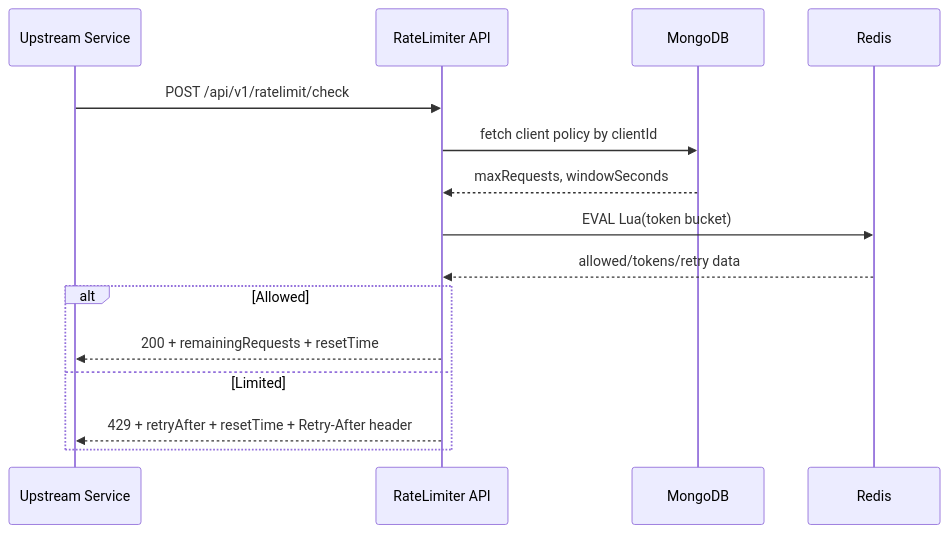
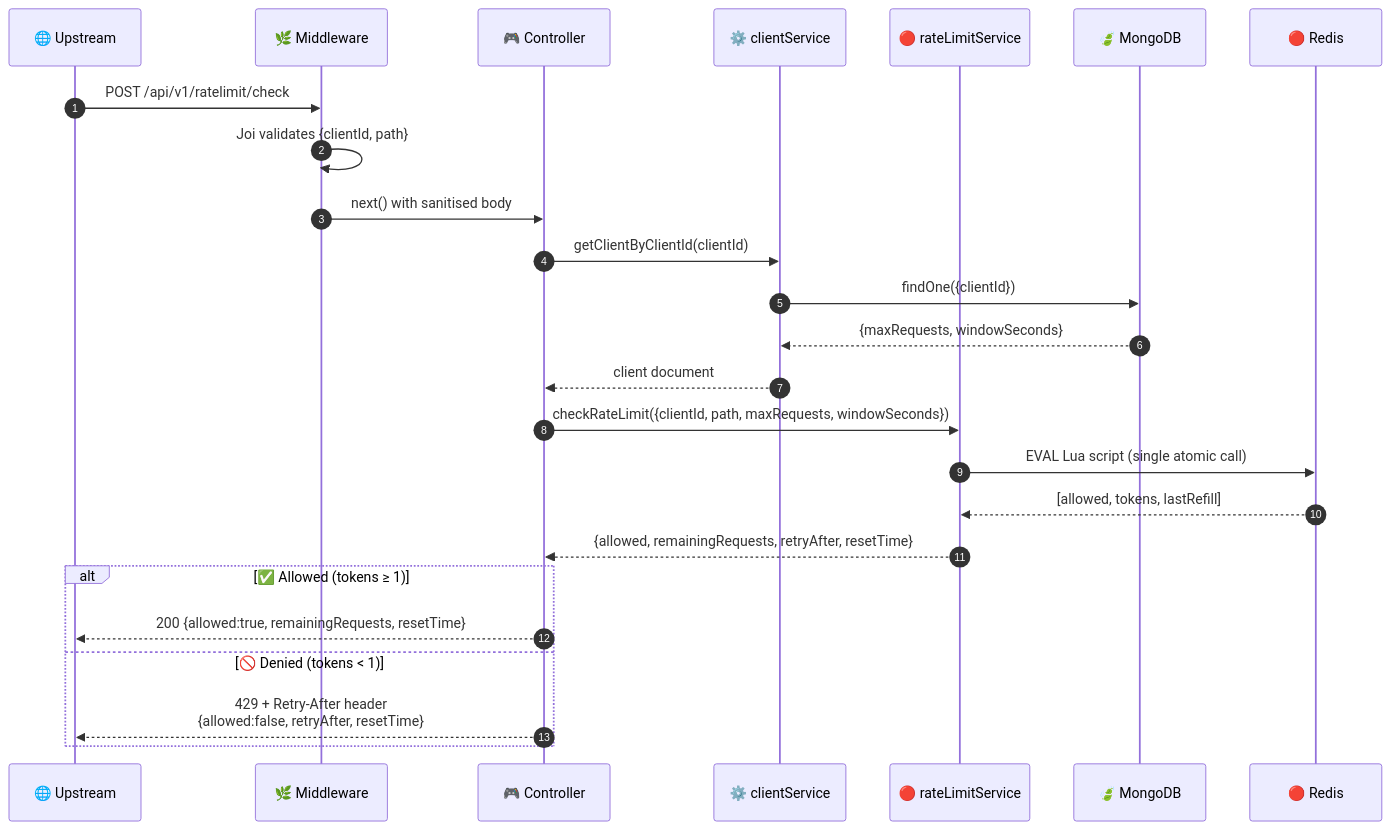
One commit to ramalokeshreddyp/RateGuard changed the second of 7 diagrams in ARCHITECTURE.md. Above: the diagram before and after it, drawn with Mermaid. The commit also changed other lines of this file and 9 other files, not shown here.

````diff
--- a/ARCHITECTURE.md
+++ b/ARCHITECTURE.md
@@ -74,19 +151,29 @@
 ```mermaid
 sequenceDiagram
-    participant U as Upstream Service
-    participant API as RateLimiter API
-    participant DB as MongoDB
-    participant RED as Redis
+    autonumber
+    participant U as 🌐 Upstream
+    participant M as 🌿 Middleware
+    participant C as 🎮 Controller
+    participant S as ⚙️ clientService
+    participant R as 🔴 rateLimitService
+    participant DB as 🍃 MongoDB
+    participant RD as 🔴 Redis
 
-    U->>API: POST /api/v1/ratelimit/check
-    API->>DB: fetch client policy by clientId
-    DB-->>API: maxRequests, windowSeconds
-    API->>RED: EVAL Lua(token bucket)
-    RED-->>API: allowed/tokens/retry data
+    U->>M: POST /api/v1/ratelimit/check
+    M->>M: Joi validates {clientId, path}
+    M->>C: next() with sanitised body
+    C->>S: getClientByClientId(clientId)
+    S->>DB: findOne({clientId})
+    DB-->>S: {maxRequests, windowSeconds}
+    S-->>C: client document
+    C->>R: checkRateLimit({clientId, path, maxRequests, windowSeconds})
+    R->>RD: EVAL Lua script (single atomic call)
+    RD-->>R: [allowed, tokens, lastRefill]
+    R-->>C: {allowed, remainingRequests, retryAfter, resetTime}
 
-    alt Allowed
-      API-->>U: 200 + remainingRequests + resetTime
-    else Limited
-      API-->>U: 429 + retryAfter + resetTime + Retry-After header
+    alt ✅ Allowed (tokens ≥ 1)
+        C-->>U: 200 {allowed:true, remainingRequests, resetTime}
+    else 🚫 Denied (tokens < 1)
+        C-->>U: 429 + Retry-After header<br/>{allowed:false, retryAfter, resetTime}
     end
 ```
````
